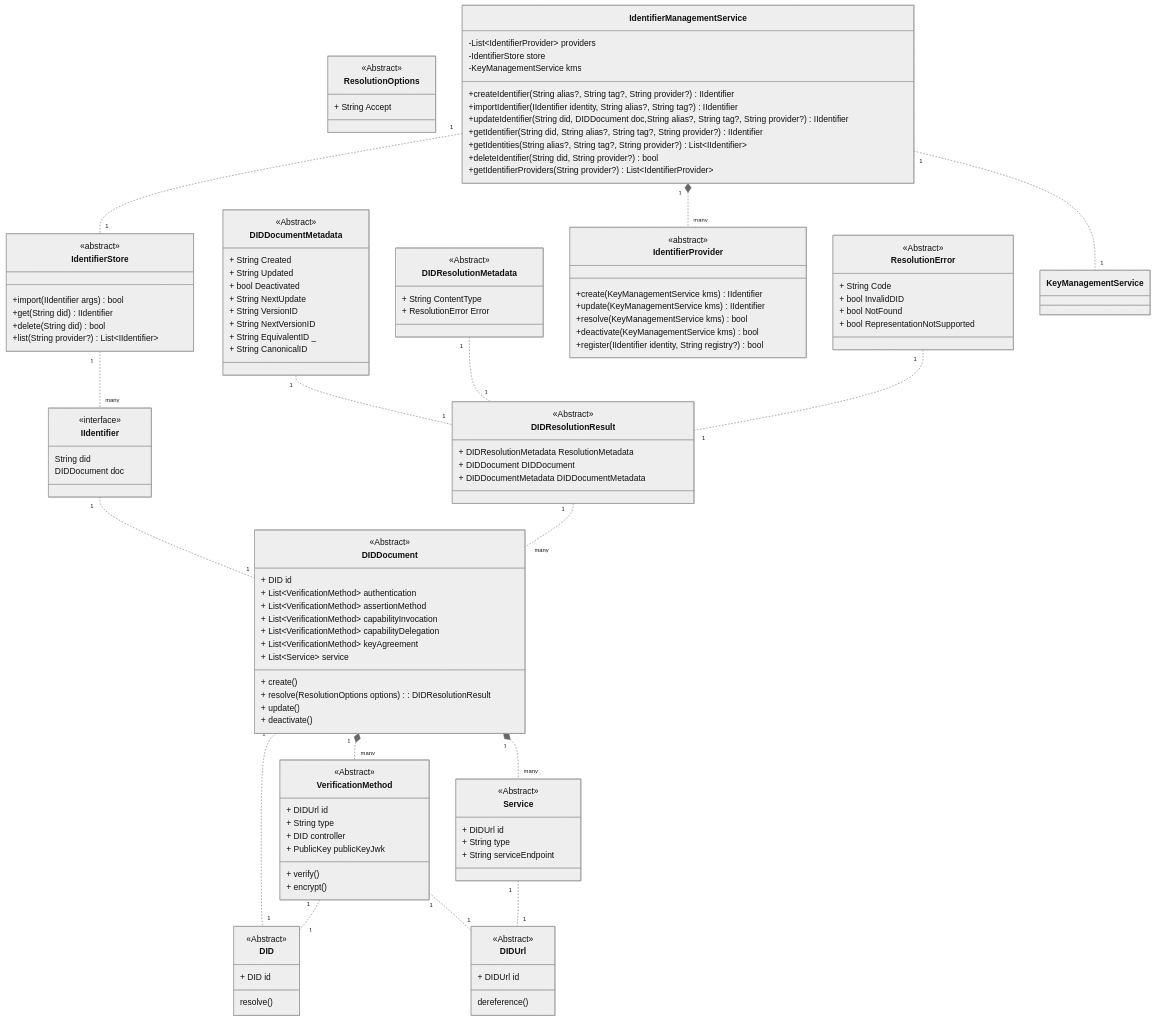
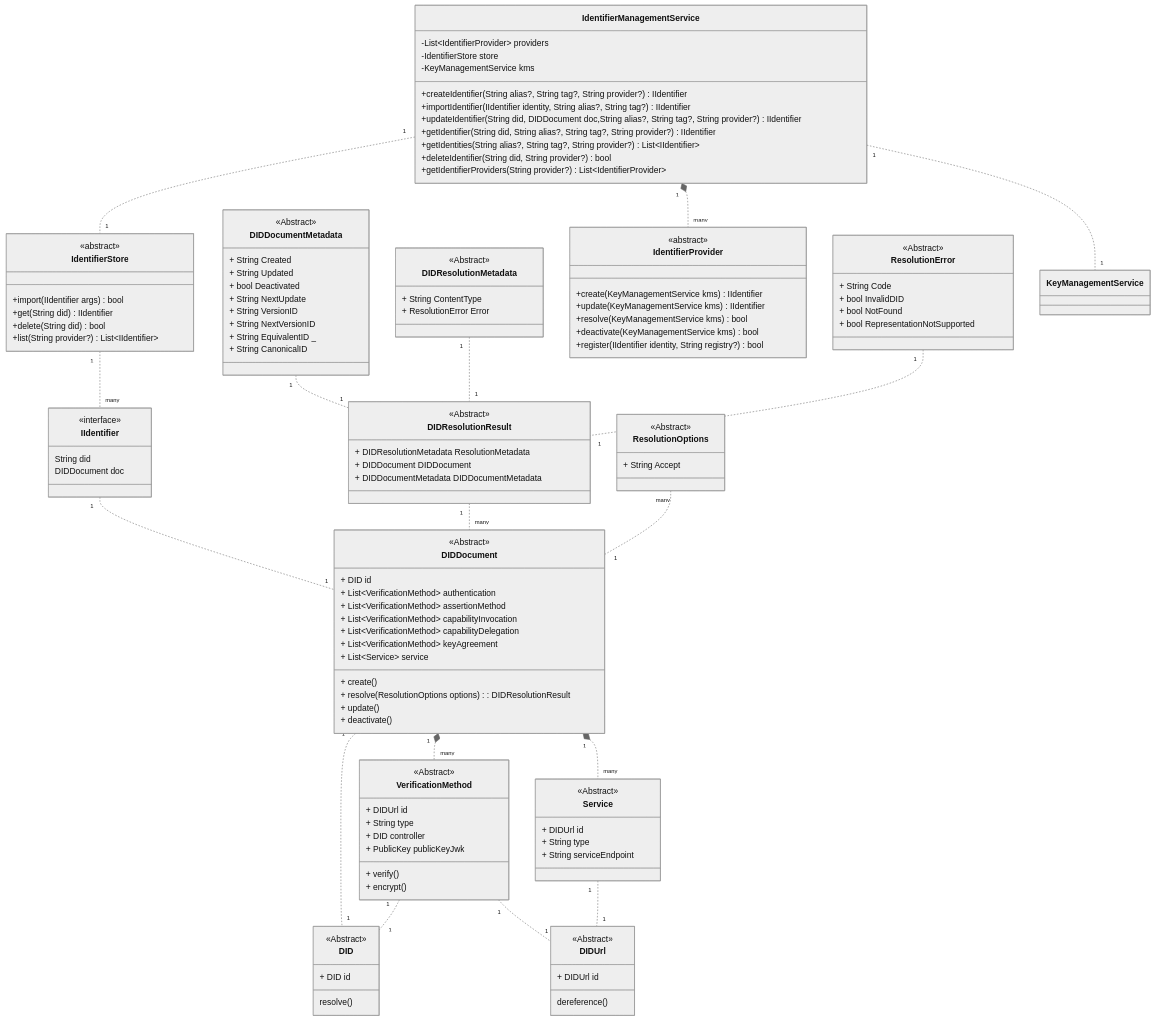
Before and after one commit to openwallet-foundation/architecture-sig: the diagram in docs/architecture/decentralized-identifiers.md, drawn with Mermaid (neutral theme).

Commit message:
updated link

````diff
--- a/docs/architecture/decentralized-identifiers.md
+++ b/docs/architecture/decentralized-identifiers.md
@@ -143,5 +143,5 @@
 DIDDocumentMetadata "1" .. "1" DIDResolutionResult
 DIDResolutionMetadata "1" .. "1" DIDResolutionResult
 ResolutionError "1" .. "1" DIDResolutionResult
-
+ResolutionOptions "many" .. "1" DIDDocument
 ```
````
